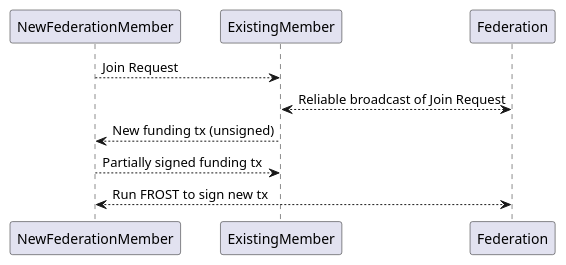
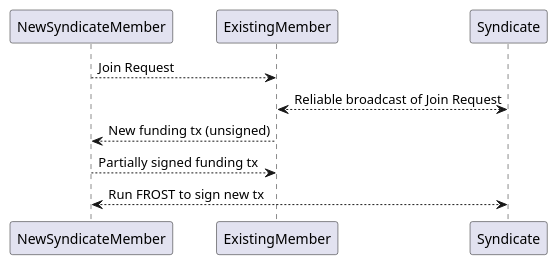
Before and after one commit to pool2win/radpool-design: the second of 2 diagrams in one-page/modules/ROOT/pages/syndicate-protocols.adoc, drawn with PlantUML. The commit also changed other lines of this file and 9 other files, not shown here.

```diff
--- a/one-page/modules/ROOT/pages/syndicate-protocols.adoc
+++ b/one-page/modules/ROOT/pages/syndicate-protocols.adoc
@@ -45,10 +45,10 @@
 [plantuml, target=intial-setup]
 ....
 @startuml
-NewFederationMember --> ExistingMember: Join Request
-ExistingMember <--> Federation: Reliable broadcast of Join Request
-ExistingMember --> NewFederationMember: New funding tx (unsigned)
-NewFederationMember --> ExistingMember: Partially signed funding tx
-NewFederationMember <--> Federation: Run FROST to sign new tx
+NewSyndicateMember --> ExistingMember: Join Request
+ExistingMember <--> Syndicate: Reliable broadcast of Join Request
+ExistingMember --> NewSyndicateMember: New funding tx (unsigned)
+NewSyndicateMember --> ExistingMember: Partially signed funding tx
+NewSyndicateMember <--> Syndicate: Run FROST to sign new tx
 @enduml
 ....
```
